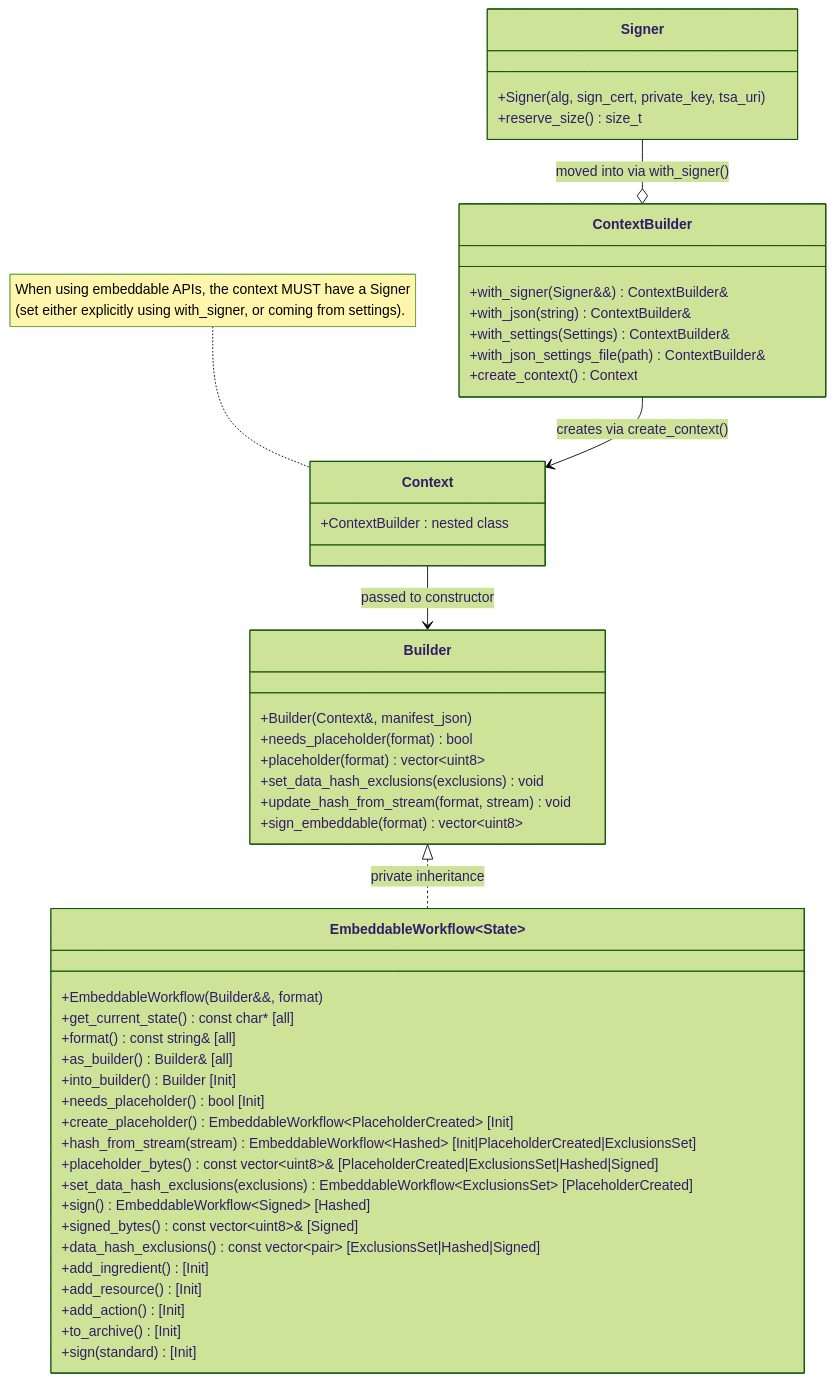
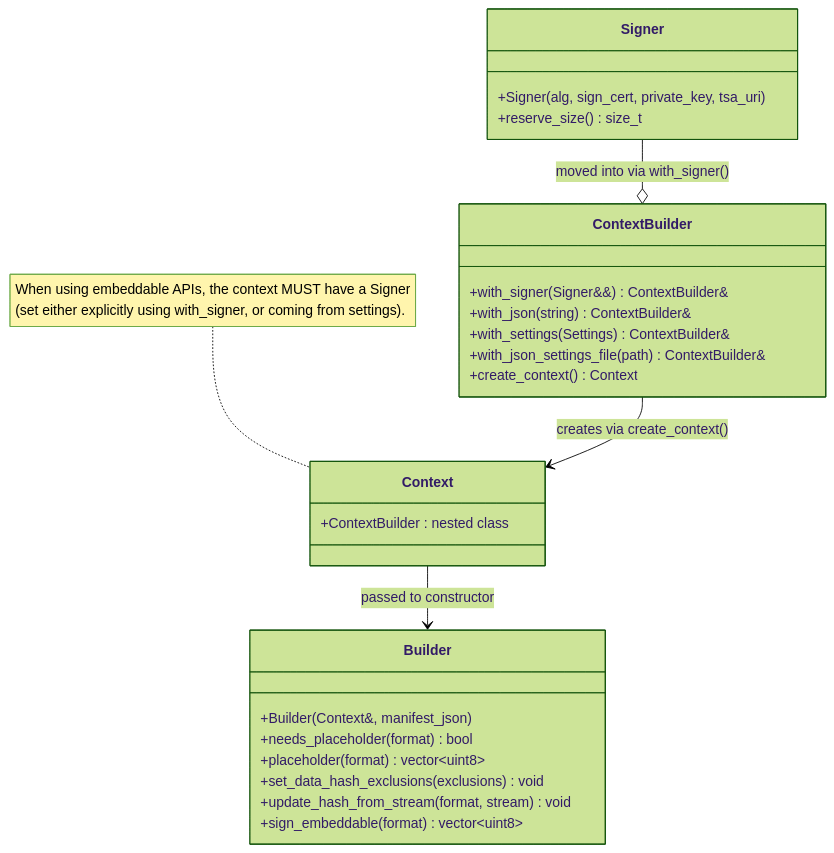
Before and after one commit to contentauth/c2pa-c: the sixth of 7 diagrams in docs/embeddable-api.md, drawn with Mermaid (forest theme). The commit also changed other lines of this file and 2 other files, not shown here.

````diff
--- a/docs/embeddable-api.md
+++ b/docs/embeddable-api.md
@@ -510,56 +510,33 @@
 ```mermaid
 classDiagram
     class Signer {
         +Signer(alg, sign_cert, private_key, tsa_uri)
         +reserve_size() size_t
     }
 
     class ContextBuilder {
         +with_signer(Signer&&) ContextBuilder&
         +with_json(string) ContextBuilder&
         +with_settings(Settings) ContextBuilder&
         +with_json_settings_file(path) ContextBuilder&
         +create_context() Context
     }
 
     class Context {
         +ContextBuilder : nested class
     }
     note for Context "When using embeddable APIs, the context MUST have a Signer <br> (set either explicitly using with_signer, or coming from settings)."
 
     class Builder {
         +Builder(Context&, manifest_json)
         +needs_placeholder(format) bool
         +placeholder(format) vector~uint8~
         +set_data_hash_exclusions(exclusions) void
         +update_hash_from_stream(format, stream) void
         +sign_embeddable(format) vector~uint8~
     }
 
     Signer --o ContextBuilder : moved into via with_signer()
     ContextBuilder --> Context : creates via create_context()
     Context --> Builder : passed to constructor
-
-    class EmbeddableWorkflow~State~ {
-        +EmbeddableWorkflow(Builder&&, format)
-        +get_current_state() const char* [all]
-        +format() const string& [all]
-        +as_builder() Builder& [all]
-        +into_builder() Builder [Init]
-        +needs_placeholder() bool [Init]
-        +create_placeholder() EmbeddableWorkflow~PlaceholderCreated~ [Init]
-        +hash_from_stream(stream) EmbeddableWorkflow~Hashed~ [Init|PlaceholderCreated|ExclusionsSet]
-        +placeholder_bytes() const vector~uint8~& [PlaceholderCreated|ExclusionsSet|Hashed|Signed]
-        +set_data_hash_exclusions(exclusions) EmbeddableWorkflow~ExclusionsSet~ [PlaceholderCreated]
-        +sign() EmbeddableWorkflow~Signed~ [Hashed]
-        +signed_bytes() const vector~uint8~& [Signed]
-        +data_hash_exclusions() const vector~pair~ [ExclusionsSet|Hashed|Signed]
-        +add_ingredient() [Init]
-        +add_resource() [Init]
-        +add_action() [Init]
-        +to_archive() [Init]
-        +sign(standard) [Init]
-    }
-
-    Builder <|.. EmbeddableWorkflow~State~ : private inheritance
 ```
````
